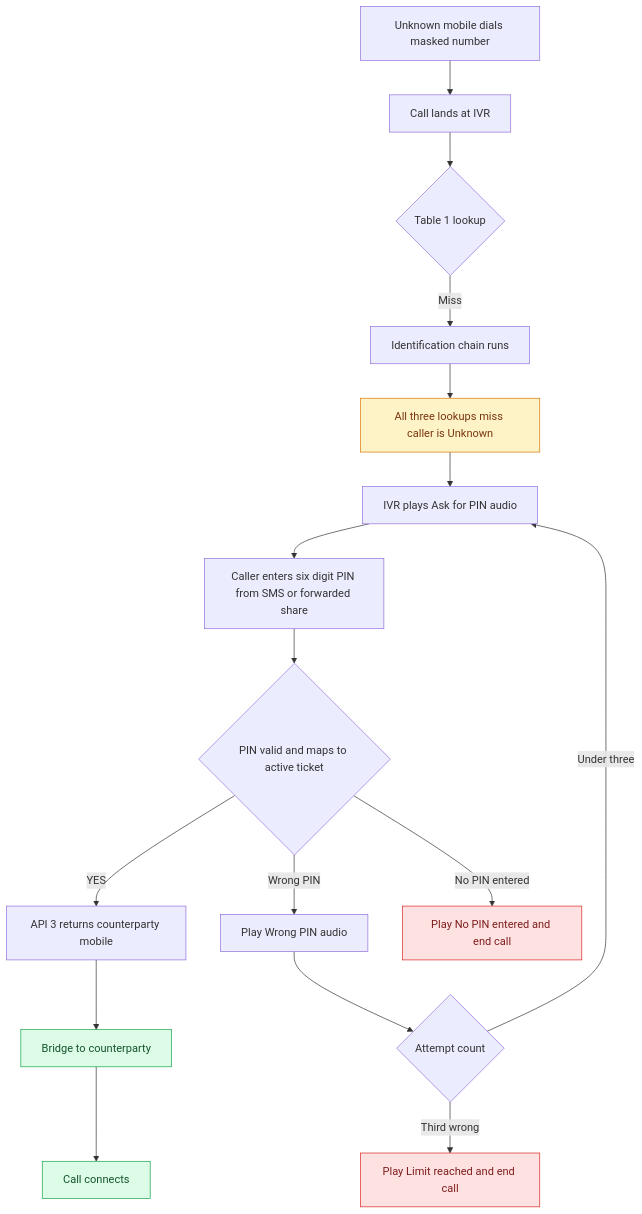
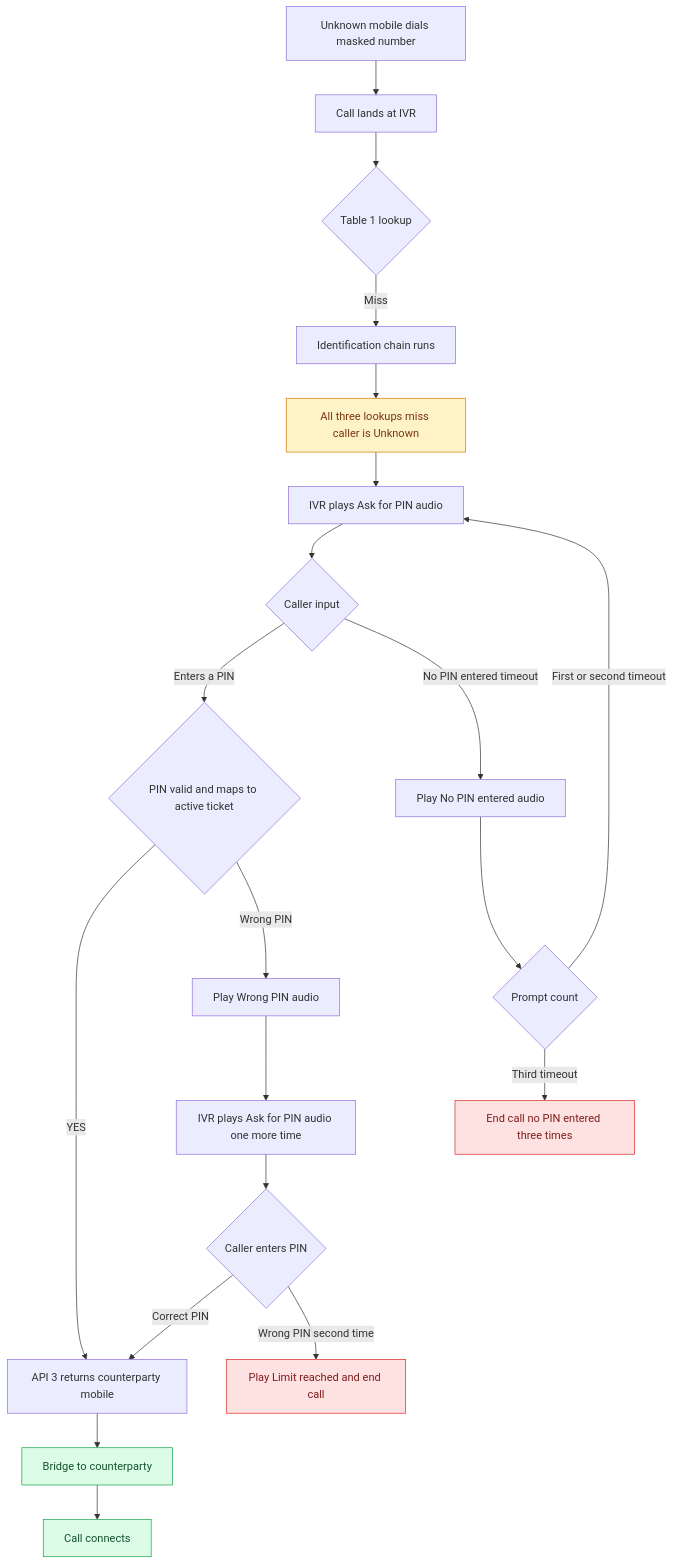
Before and after one commit to ashish-raj-wiom/IVR-Routing-Solutioning: the diagram in diagrams/src/path4.mmd, drawn with Mermaid. The commit also changed 6 other files, not shown here.

First line of the commit message:
Correct retry policy + embed audio players in flowcharts

```diff
--- a/diagrams/src/path4.mmd
+++ b/diagrams/src/path4.mmd
@@ -1,23 +1,27 @@
 flowchart TD
     Start[Unknown mobile dials masked number] --> A[Call lands at IVR]
     A --> B{Table 1 lookup}
     B -->|Miss| C[Identification chain runs]
     C --> D[All three lookups miss caller is Unknown]
     D --> E[IVR plays Ask for PIN audio]
-    E --> F[Caller enters six digit PIN from SMS or forwarded share]
-    F --> G{PIN valid and maps to active ticket}
+    E --> Input{Caller input}
+    Input -->|Enters a PIN| G{PIN valid and maps to active ticket}
+    Input -->|No PIN entered timeout| NoPin[Play No PIN entered audio]
+    NoPin --> NoCount{Prompt count}
+    NoCount -->|First or second timeout| E
+    NoCount -->|Third timeout| EndNoPin[End call no PIN entered three times]
     G -->|YES| H[API 3 returns counterparty mobile]
     H --> I[Bridge to counterparty]
     I --> Done[Call connects]
     G -->|Wrong PIN| J[Play Wrong PIN audio]
-    J --> K{Attempt count}
-    K -->|Under three| E
-    K -->|Third wrong| L[Play Limit reached and end call]
-    G -->|No PIN entered| M[Play No PIN entered and end call]
+    J --> Retry[IVR plays Ask for PIN audio one more time]
+    Retry --> G2{Caller enters PIN}
+    G2 -->|Correct PIN| H
+    G2 -->|Wrong PIN second time| L[Play Limit reached and end call]
 
     classDef good fill:#dcfce7,stroke:#16a34a,color:#14532d
     classDef bad fill:#fee2e2,stroke:#dc2626,color:#7f1d1d
     classDef neutral fill:#fef3c7,stroke:#d97706,color:#78350f
     class I,Done good
-    class L,M bad
+    class L,EndNoPin bad
     class D neutral
```
